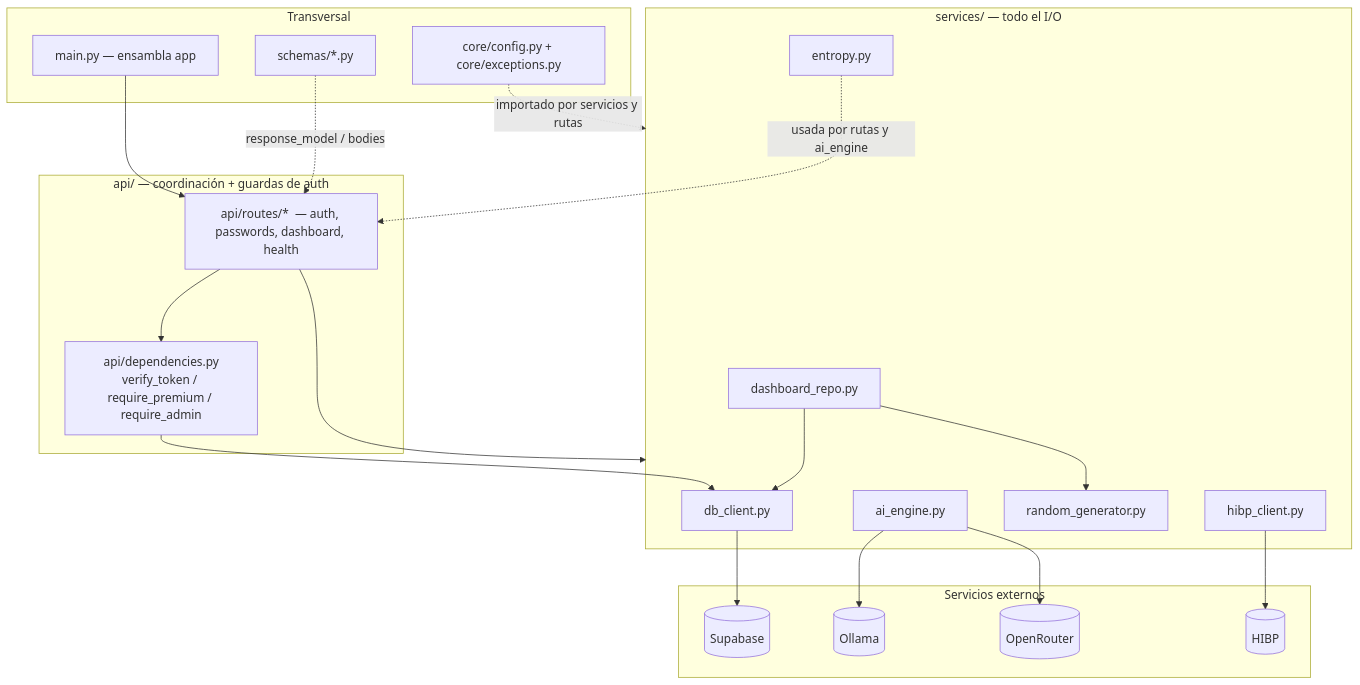
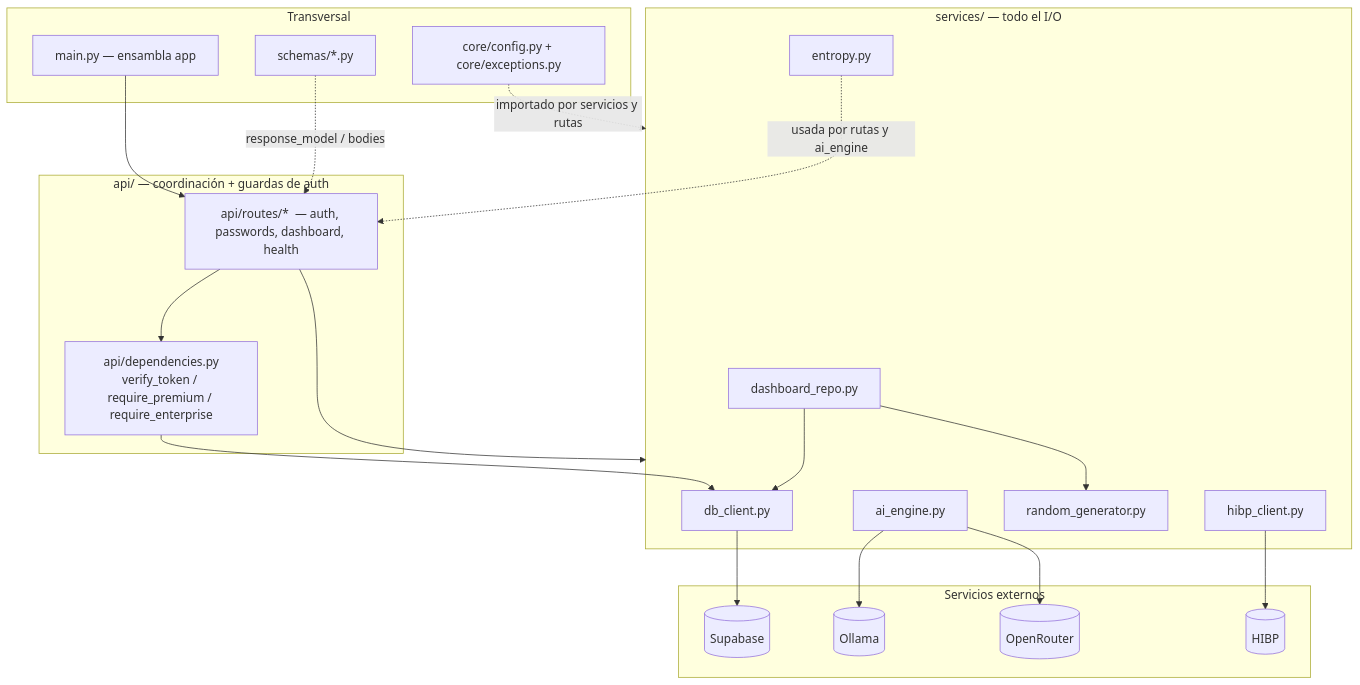
One commit to MrCasuela/sparkgate-api changed the second of 9 diagrams in docs/ARQUITECTURA.md. Above: the diagram before and after it, drawn with Mermaid. The commit also changed other lines of this file and 3 other files, not shown here.

````diff
--- a/docs/ARQUITECTURA.md
+++ b/docs/ARQUITECTURA.md
@@ -47,44 +47,44 @@
 ```mermaid
 flowchart TB
     subgraph coord[api/  — coordinación + guardas de auth]
-        DEP[api/dependencies.py<br/>verify_token / require_premium / require_admin]
+        DEP[api/dependencies.py<br/>verify_token / require_premium / require_enterprise]
         ROUTES[api/routes/*  — auth, passwords, dashboard, health]
     end
 
     subgraph serv[services/  — todo el I/O]
         AI[ai_engine.py]
         HIBP[hibp_client.py]
         ENT[entropy.py]
         RG[random_generator.py]
         REPO[dashboard_repo.py]
         DBC[db_client.py]
     end
 
     subgraph ext[Servicios externos]
         SUP[(Supabase)]
         OL[(Ollama)]
         GR[(OpenRouter)]
         HB[(HIBP)]
     end
 
     subgraph base[Transversal]
         CORE[core/config.py + core/exceptions.py]
         SCH[schemas/*.py]
         MAIN[main.py — ensambla app]
     end
 
     ROUTES --> DEP
     ROUTES --> serv
     DEP --> DBC
     AI --> OL
     AI --> GR
     HIBP --> HB
     DBC --> SUP
     REPO --> DBC
     REPO --> RG
     ENT -.usada por rutas y ai_engine.-> ROUTES
 
     MAIN --> ROUTES
     CORE -.importado por servicios y rutas.-> serv
     SCH -.response_model / bodies.-> ROUTES
 ```
````
